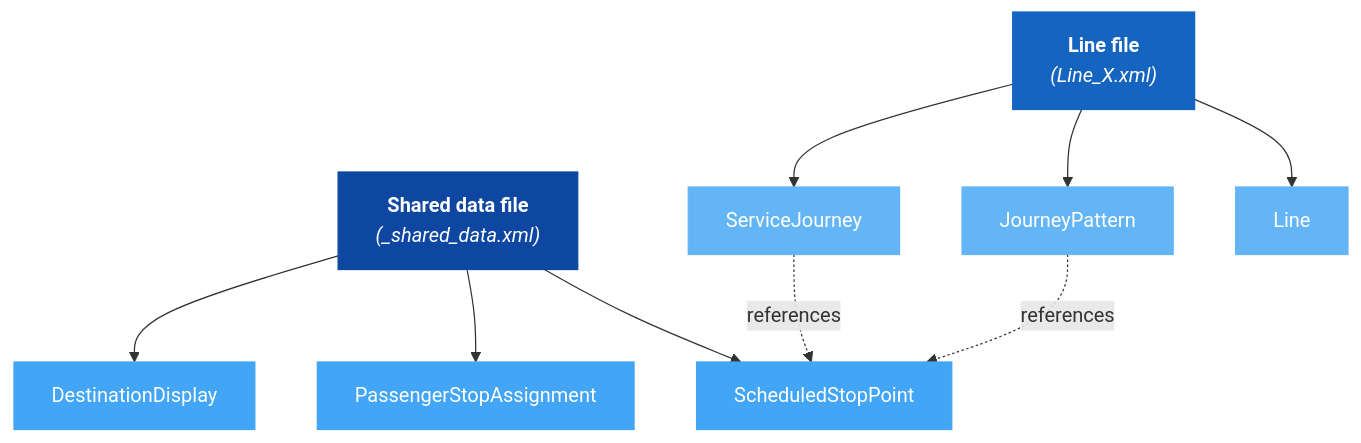
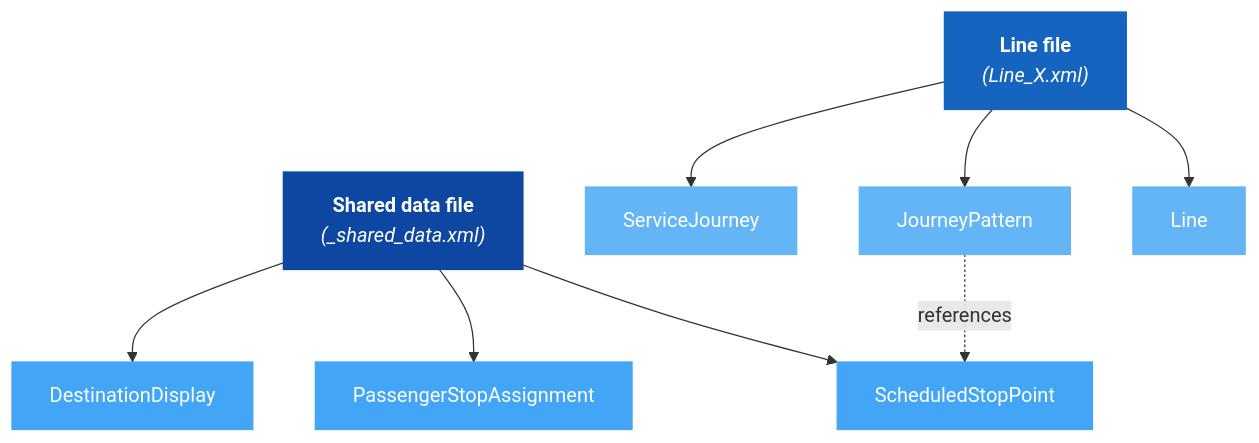
The fourth of 4 diagrams in Guides/HowToBuildATimetable/HowToBuildATimetable_Guide.md (hfjelstad/NeTEx-Nordic), drawn with Mermaid before and after one commit. The commit also changed other lines of this file and 1 other file, not shown here.

Commit message:
Add inline links and fix file-split diagram in HowToBuildATimetable, link from GetStarted

````diff
--- a/Guides/HowToBuildATimetable/HowToBuildATimetable_Guide.md
+++ b/Guides/HowToBuildATimetable/HowToBuildATimetable_Guide.md
@@ -259,25 +259,24 @@
 ```mermaid
 flowchart TD
     SHARED["<b>Shared data file</b><br/><i>(_shared_data.xml)</i>"]
     LINE["<b>Line file</b><br/><i>(Line_X.xml)</i>"]
 
     SHARED --> SSP["ScheduledStopPoint"]
     SHARED --> PSA["PassengerStopAssignment"]
     SHARED --> DD["DestinationDisplay"]
 
     LINE --> LN["Line"]
     LINE --> JP["JourneyPattern"]
     LINE --> SJ["ServiceJourney"]
 
-    SJ -.->|"references"| SSP
     JP -.->|"references"| SSP
 
     style SHARED fill:#0D47A1,stroke:#0D47A1,color:#fff
     style LINE fill:#1565C0,stroke:#1565C0,color:#fff
     style SSP fill:#42A5F5,stroke:#42A5F5,color:#fff
     style PSA fill:#42A5F5,stroke:#42A5F5,color:#fff
     style DD fill:#42A5F5,stroke:#42A5F5,color:#fff
     style LN fill:#64B5F6,stroke:#64B5F6,color:#fff
     style JP fill:#64B5F6,stroke:#64B5F6,color:#fff
     style SJ fill:#64B5F6,stroke:#64B5F6,color:#fff
 ```
````
